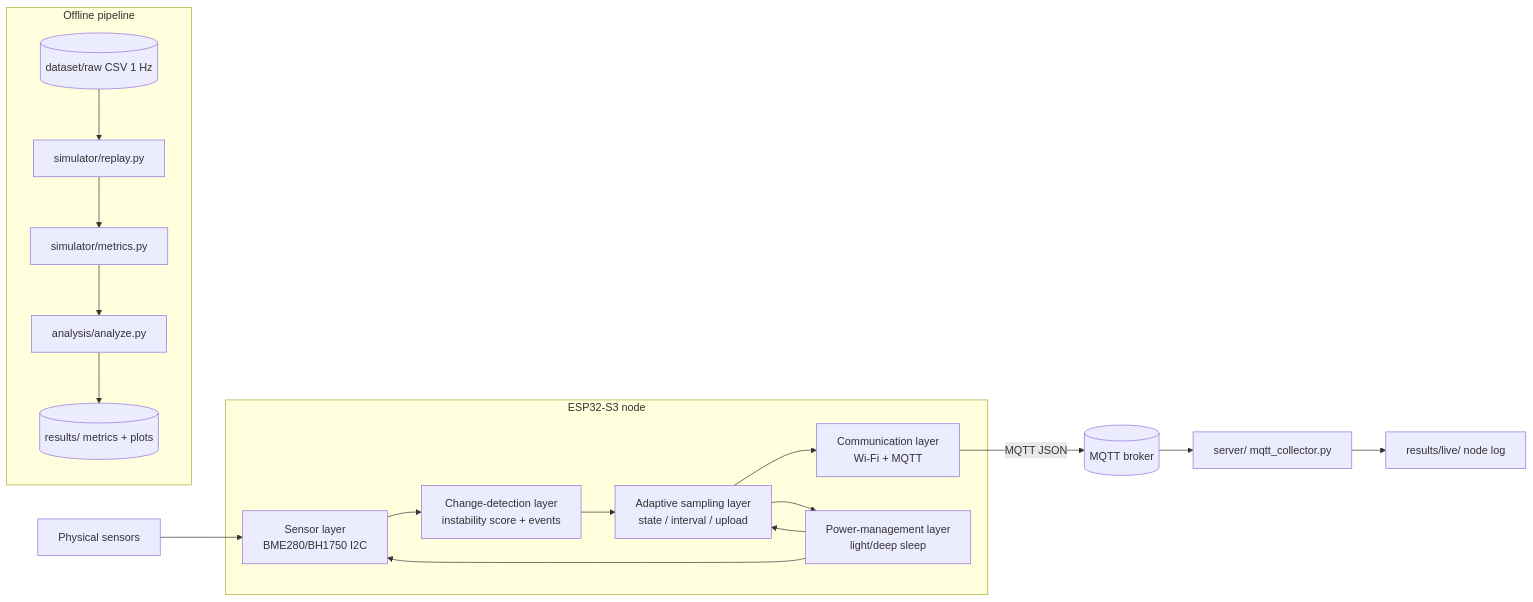
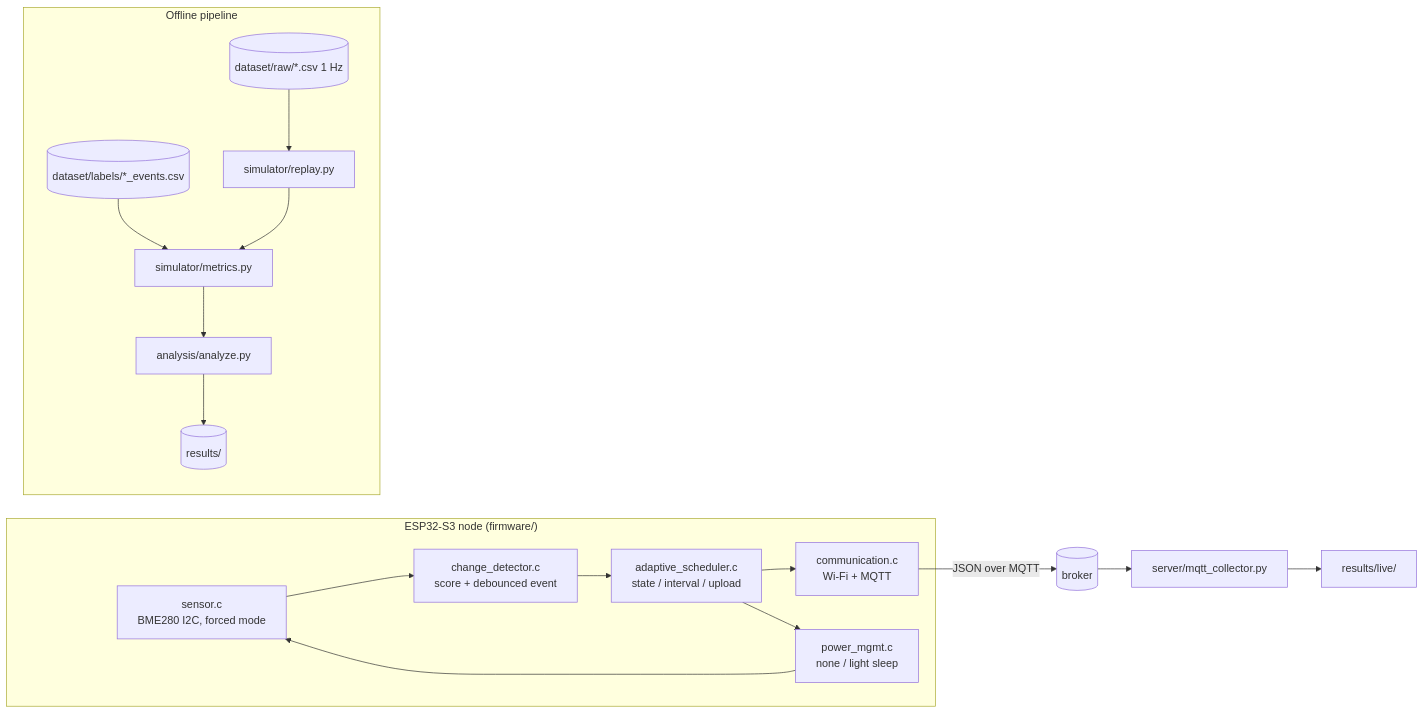
The diagram in README.md (Sver0411/AdaptiveSense), drawn with Mermaid before and after one commit. The commit also changed other lines of this file and 118 other files, not shown here.

````diff
--- a/README.md
+++ b/README.md
@@ -87,22 +58,21 @@
 ```mermaid
 flowchart LR
-    subgraph Node["ESP32-S3 node"]
-        SEN[Sensor layer<br/>BME280/BH1750 I2C] --> CD[Change-detection layer<br/>instability score + events]
-        CD --> AS[Adaptive sampling layer<br/>state / interval / upload]
-        AS --> COMM[Communication layer<br/>Wi-Fi + MQTT]
-        AS --> PM[Power-management layer<br/>light/deep sleep]
+    subgraph Node["ESP32-S3 node (firmware/)"]
+        SEN[sensor.c<br/>BME280 I2C, forced mode] --> CD[change_detector.c<br/>score + debounced event]
+        CD --> AS[adaptive_scheduler.c<br/>state / interval / upload]
+        AS --> COMM[communication.c<br/>Wi-Fi + MQTT]
+        AS --> PM[power_mgmt.c<br/>none / light sleep]
         PM --> SEN
-        PM --> AS
     end
-    SENSORS["Physical sensors"] --> SEN
-    COMM -->|MQTT JSON| BROKER[(MQTT broker)]
-    BROKER --> COLLECT[server/ mqtt_collector.py]
-    COLLECT --> RESLOG[results/live/ node log]
+    COMM -->|JSON over MQTT| BROKER[(broker)]
+    BROKER --> COLLECT[server/mqtt_collector.py]
+    COLLECT --> LIVE[results/live/]
 
     subgraph Analysis["Offline pipeline"]
-        DAT[(dataset/raw CSV 1 Hz)] --> REPLAY[simulator/replay.py]
-        REPLAY --> MET[simulator/metrics.py]
+        RAW[(dataset/raw/*.csv 1 Hz)] --> REPLAY[simulator/replay.py]
+        LAB[(dataset/labels/*_events.csv)] --> MET[simulator/metrics.py]
+        REPLAY --> MET
         MET --> ANA[analysis/analyze.py]
-        ANA --> RES[(results/ metrics + plots)]
+        ANA --> RES[(results/)]
     end
 ```
````
